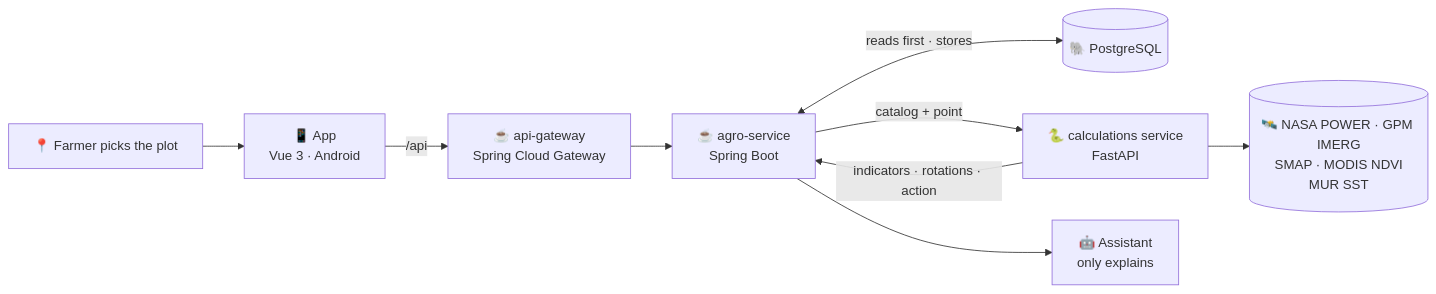
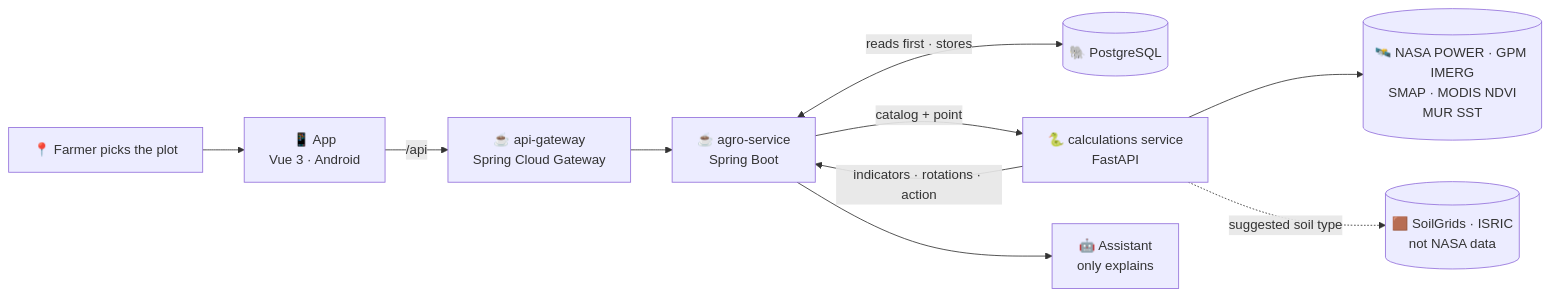
One commit to jramirezch1978/agrohalcon changed the diagram in README.md. Above: the diagram before and after it, drawn with Mermaid. The commit also changed other lines of this file and 46 other files, not shown here.

````diff
--- a/README.md
+++ b/README.md
@@ -95,11 +108,12 @@
 ```mermaid
 flowchart LR
     A[📍 Farmer picks the plot] --> B[📱 App<br/>Vue 3 · Android]
     B -->|/api| C[☕ api-gateway<br/>Spring Cloud Gateway]
     C --> D[☕ agro-service<br/>Spring Boot]
     D <-->|reads first · stores| E[(🐘 PostgreSQL)]
     D -->|catalog + point| F[🐍 calculations service<br/>FastAPI]
     F -->|indicators · rotations · action| D
     F --> G[(🛰️ NASA POWER · GPM IMERG<br/>SMAP · MODIS NDVI<br/>MUR SST)]
     D --> H[🤖 Assistant<br/>only explains]
+    F -.->|suggested soil type| S[(🟫 SoilGrids · ISRIC<br/>not NASA data)]
 ```
````
